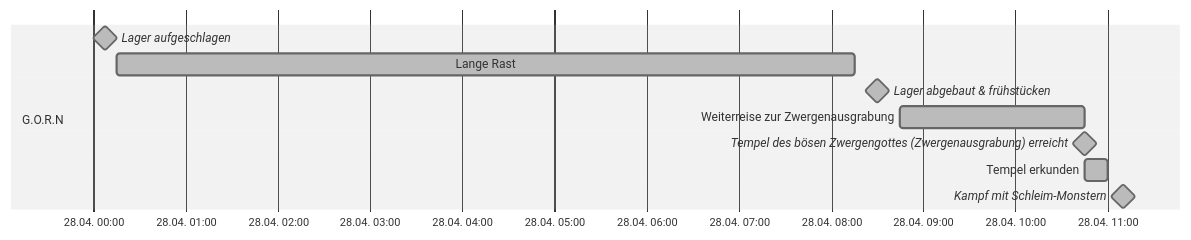
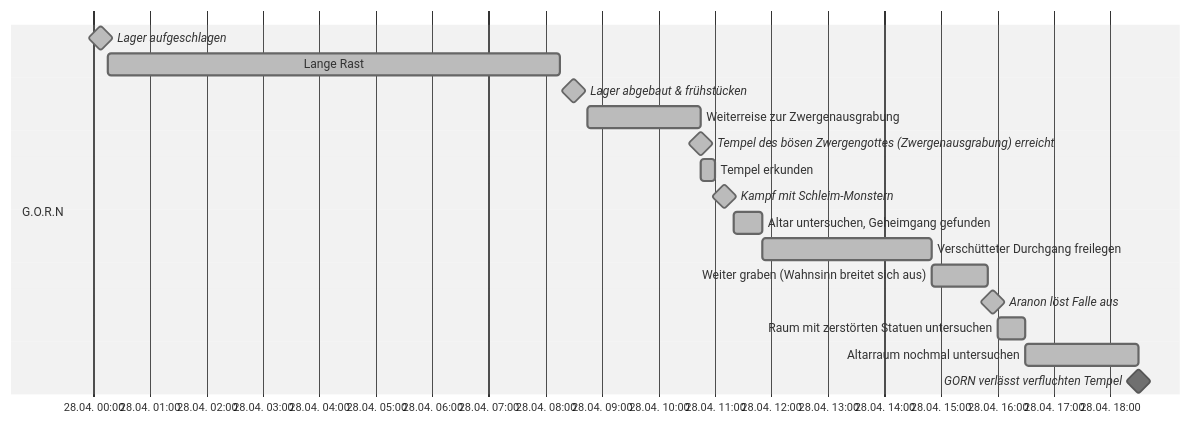
Before and after one commit to LorenJaffrey/DnD_Obsidian: the fifth of 13 diagrams in D&D/_DnD_PFT/Kampagne/Timeline Kampagne 2.md, drawn with Mermaid (neutral theme). The commit also changed other lines of this file and 2 other files, not shown here.

````diff
--- a/D&D/_DnD_PFT/Kampagne/Timeline Kampagne 2.md
+++ b/D&D/_DnD_PFT/Kampagne/Timeline Kampagne 2.md
@@ -72,15 +72,22 @@
 ```mermaid
 gantt
 	dateFormat HH:mm
 	axisFormat %e.%m. %H:%M
 	tickinterval 1hour
 	weekday sunday
 	section G.O.R.N
 		Lager aufgeschlagen: done, milestone, a1, 2024-04-28 00:00, 15m
 		Lange Rast: done, a2, after a1, 8h
 		Lager abgebaut & frühstücken: done, milestone, a3, after a2, 30m
 		Weiterreise zur Zwergenausgrabung: done, a4, after a3, 2h
 		Tempel des bösen Zwergengottes (Zwergenausgrabung) erreicht: done, milestone, a5, after a4, 0m
 		Tempel erkunden: done, a6, after a5, 15m
 		Kampf mit Schleim-Monstern: done, milestone, a7, after a6, 20m
+		Altar untersuchen, Geheimgang gefunden: done, a8, after a7, 30m
+		Verschütteter Durchgang freilegen: done, a9, after a8, 3h
+		Weiter graben (Wahnsinn breitet sich aus): done, a10, after a9, 1h
+		Aranon löst Falle aus: done, milestone, a11, after a10, 10m
+		Raum mit zerstörten Statuen untersuchen: done, a12, after a11, 30m
+		Altarraum nochmal untersuchen: done, a13, after a12, 2h
+		GORN verlässt verfluchten Tempel: milestone, a14, after a13, 0m		
 ```
````
